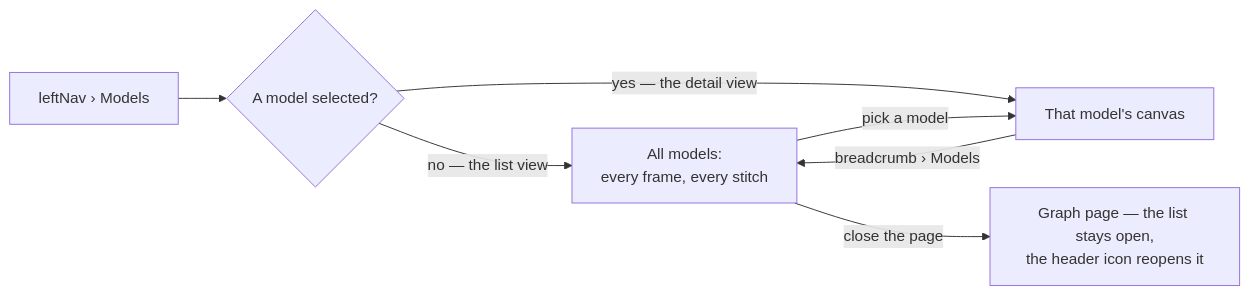
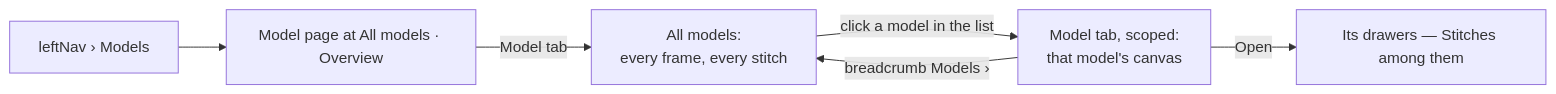
The second of 2 diagrams in docs/for-developers/modules/connect-and-model/features/stitch-models.md (invana/invana), drawn with Mermaid before and after one commit. The commit also changed other lines of this file and 8 other files, not shown here.

First line of the commit message:
docs: the model page — Models as one page, six tabs, the model a filter (1.8 · CM11)

````diff
--- a/docs/for-developers/modules/connect-and-model/features/stitch-models.md
+++ b/docs/for-developers/modules/connect-and-model/features/stitch-models.md
@@ -137,9 +137,8 @@
 ```mermaid
 flowchart LR
-    A[leftNav › Models] --> B{A model selected?}
-    B -->|no — the list view| C[All models:<br/>every frame, every stitch]
-    B -->|yes — the detail view| D[That model's canvas]
-    C -->|pick a model| D
-    D -->|breadcrumb › Models| C
-    C -->|close the page| E[Graph page — the list stays open,<br/>the header icon reopens it]
+    A[leftNav › Models] --> B[Model page at All models · Overview]
+    B -->|Model tab| C[All models:<br/>every frame, every stitch]
+    C -->|click a model in the list| D[Model tab, scoped:<br/>that model's canvas]
+    D -->|breadcrumb Models ›| C
+    D -->|Open| E[Its drawers — Stitches among them]
 ```
````
